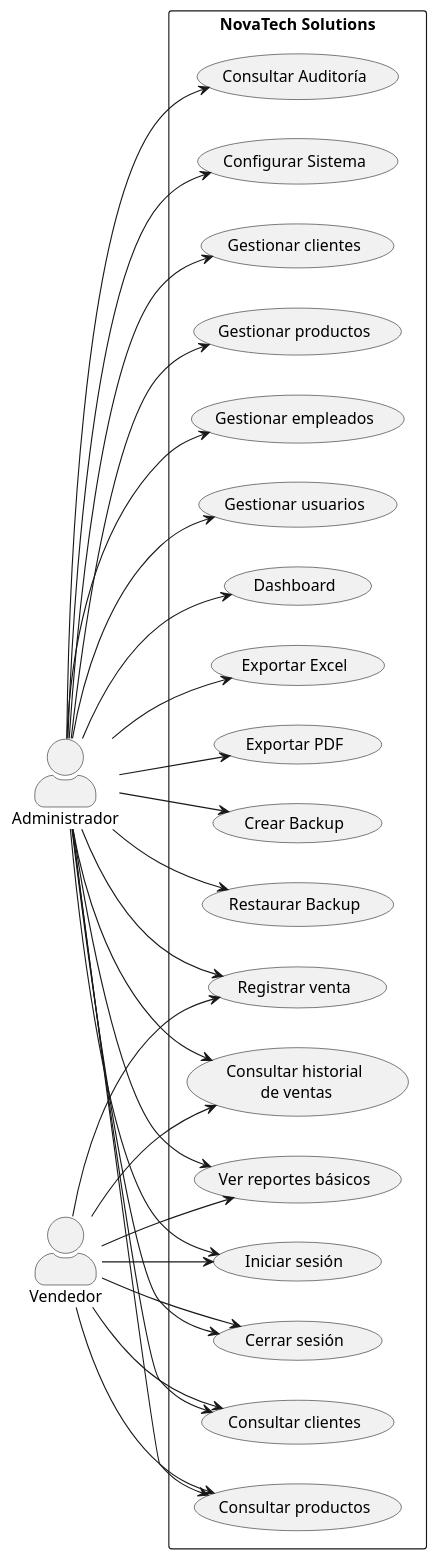
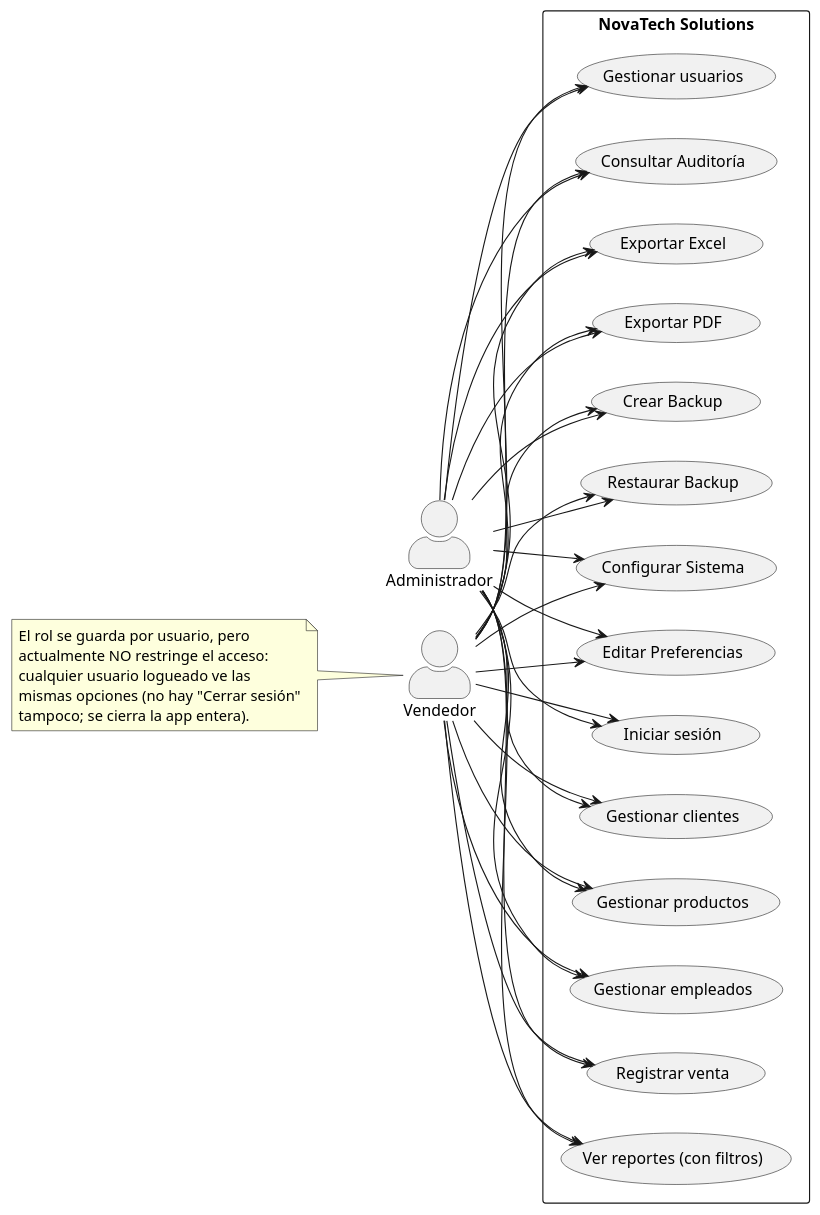
The diagram in docs/uml/diagrama_casos_uso.puml (AgusLuzu2004/Portfolio-Novatech-Solutions), drawn with PlantUML before and after one commit. The commit also changed 19 other files, not shown here.

```diff
--- a/docs/uml/diagrama_casos_uso.puml
+++ b/docs/uml/diagrama_casos_uso.puml
@@ -1,64 +1,70 @@
 @startuml diagrama_casos_uso
 left to right direction
 
 skinparam packageStyle rectangle
 skinparam actorStyle awesome
 
 actor "Administrador" as Admin
 actor "Vendedor" as Vendedor
 
+note left of Vendedor
+  El rol se guarda por usuario, pero
+  actualmente NO restringe el acceso:
+  cualquier usuario logueado ve las
+  mismas opciones (no hay "Cerrar sesión"
+  tampoco; se cierra la app entera).
+end note
+
 rectangle "NovaTech Solutions" {
 
     usecase "Iniciar sesión" as UC_Login
-    usecase "Cerrar sesión" as UC_Logout
-
-    usecase "Consultar clientes" as UC_Clientes
-    usecase "Consultar productos" as UC_Productos
-    usecase "Registrar venta" as UC_Venta
-    usecase "Consultar historial\n de ventas" as UC_Historial
-    usecase "Ver reportes básicos" as UC_Reportes
 
     usecase "Gestionar clientes" as UC_GClientes
     usecase "Gestionar productos" as UC_GProductos
     usecase "Gestionar empleados" as UC_GEmpleados
+    usecase "Registrar venta" as UC_Venta
+    usecase "Ver reportes (con filtros)" as UC_Reportes
+
     usecase "Gestionar usuarios" as UC_GUsuarios
+    usecase "Consultar Auditoría" as UC_Auditoria
 
-    usecase "Dashboard" as UC_Dashboard
     usecase "Exportar Excel" as UC_Excel
     usecase "Exportar PDF" as UC_PDF
 
     usecase "Crear Backup" as UC_Backup
     usecase "Restaurar Backup" as UC_Restore
-    usecase "Consultar Auditoría" as UC_Auditoria
     usecase "Configurar Sistema" as UC_Config
+    usecase "Editar Preferencias" as UC_Prefs
 }
 
 Vendedor --> UC_Login
-Vendedor --> UC_Logout
-Vendedor --> UC_Clientes
-Vendedor --> UC_Productos
+Vendedor --> UC_GClientes
+Vendedor --> UC_GProductos
+Vendedor --> UC_GEmpleados
 Vendedor --> UC_Venta
-Vendedor --> UC_Historial
 Vendedor --> UC_Reportes
+Vendedor --> UC_GUsuarios
+Vendedor --> UC_Auditoria
+Vendedor --> UC_Excel
+Vendedor --> UC_PDF
+Vendedor --> UC_Backup
+Vendedor --> UC_Restore
+Vendedor --> UC_Config
+Vendedor --> UC_Prefs
 
 Admin --> UC_Login
-Admin --> UC_Logout
-Admin --> UC_Clientes
-Admin --> UC_Productos
-Admin --> UC_Venta
-Admin --> UC_Historial
-Admin --> UC_Reportes
-
 Admin --> UC_GClientes
 Admin --> UC_GProductos
 Admin --> UC_GEmpleados
+Admin --> UC_Venta
+Admin --> UC_Reportes
 Admin --> UC_GUsuarios
-Admin --> UC_Dashboard
+Admin --> UC_Auditoria
 Admin --> UC_Excel
 Admin --> UC_PDF
 Admin --> UC_Backup
 Admin --> UC_Restore
-Admin --> UC_Auditoria
 Admin --> UC_Config
+Admin --> UC_Prefs
 
 @enduml
```
